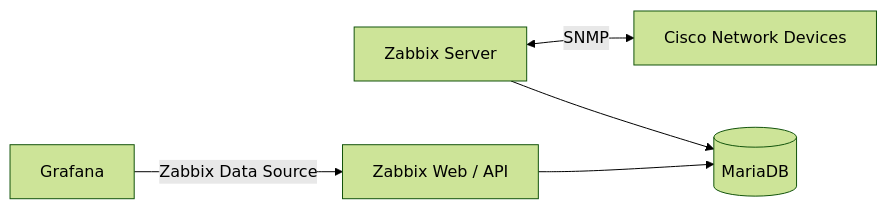
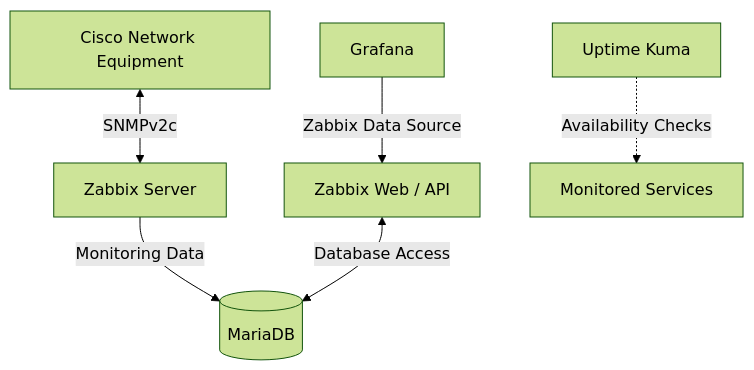
One commit to kayo-willian/enterprise-noc-from-scratch changed the second of 2 diagrams in docs/architecture/infrastructure-overview.md. Above: the diagram before and after it, drawn with Mermaid (forest theme). The commit also changed other lines of this file, not shown here.

````diff
--- a/docs/architecture/infrastructure-overview.md
+++ b/docs/architecture/infrastructure-overview.md
@@ -44,13 +68,19 @@
 ```mermaid
-flowchart LR
-    CISCO["Cisco Network Devices"]
+flowchart TB
+    CISCO["Cisco Network Equipment"]
     ZABBIX["Zabbix Server"]
     DB[("MariaDB")]
     WEB["Zabbix Web / API"]
     GRAFANA["Grafana"]
+    KUMA["Uptime Kuma"]
+    SERVICES["Monitored Services"]
 
-    ZABBIX <-->|"SNMP"| CISCO
-    ZABBIX --> DB
-    WEB --> DB
+    CISCO <-->|"SNMPv2c"| ZABBIX
+
+    ZABBIX -->|"Monitoring Data"| DB
+    WEB <-->|"Database Access"| DB
+
     GRAFANA -->|"Zabbix Data Source"| WEB
+
+    KUMA -.->|"Availability Checks"| SERVICES
 ```
````
